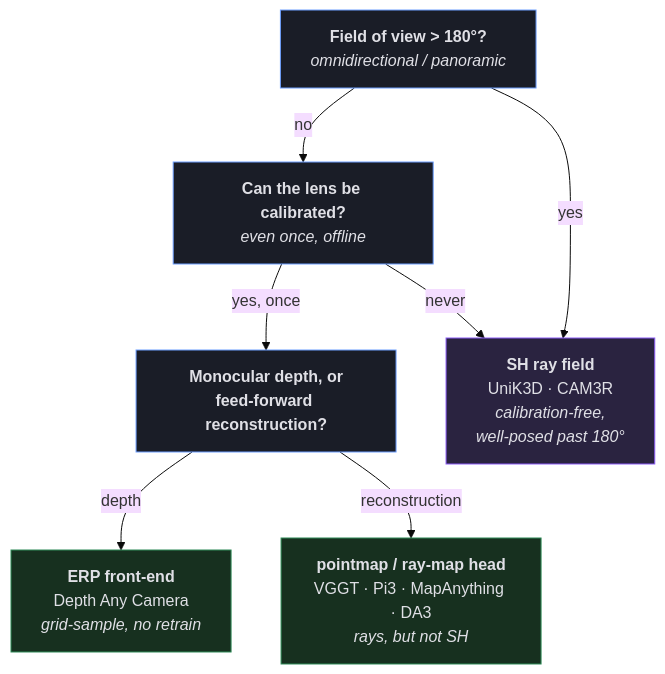
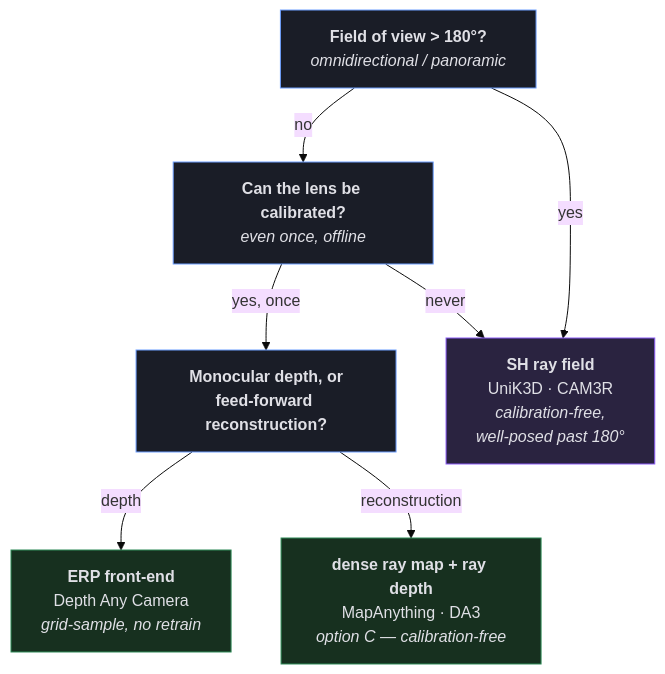
One commit to sushanthj/blog changed the diagram in _posts/blog/computer-vision/2026-07-26-beyond-the-pinhole-camera.md. Above: the diagram before and after it, drawn with Mermaid (base theme). The commit also changed other lines of this file and 42 other files, not shown here.

````diff
--- a/_posts/blog/computer-vision/2026-07-26-beyond-the-pinhole-camera.md
+++ b/_posts/blog/computer-vision/2026-07-26-beyond-the-pinhole-camera.md
@@ -491,23 +176,23 @@
 ```mermaid
 flowchart TD
     Q1["<b>Field of view &gt; 180°?</b><br/><i>omnidirectional / panoramic</i>"]
     Q2["<b>Can the lens be calibrated?</b><br/><i>even once, offline</i>"]
     Q3["<b>Monocular depth, or<br/>feed-forward reconstruction?</b>"]
     ERP["<b>ERP front-end</b><br/>Depth Any Camera<br/><i>grid-sample, no retrain</i>"]
-    PM["<b>pointmap / ray-map head</b><br/>VGGT · Pi3 · MapAnything · DA3<br/><i>rays, but not SH</i>"]
+    PM["<b>dense ray map + ray depth</b><br/>MapAnything · DA3<br/><i>option C — calibration-free</i>"]
     SH["<b>SH ray field</b><br/>UniK3D · CAM3R<br/><i>calibration-free,<br/>well-posed past 180°</i>"]
 
     Q1 -- "no" --> Q2
     Q1 -- "yes" --> SH
     Q2 -- "yes, once" --> Q3
     Q2 -- "never" --> SH
     Q3 -- "depth" --> ERP
     Q3 -- "reconstruction" --> PM
 
     classDef q fill:#1a1d27,stroke:#6c9eff,color:#e0e0e6;
     classDef rec fill:#17301f,stroke:#2e8b57,color:#e0e0e6;
     classDef sh fill:#2a2340,stroke:#8b5cf6,color:#e0e0e6;
     class Q1,Q2,Q3 q;
     class ERP,PM rec;
     class SH sh;
 ```
````
